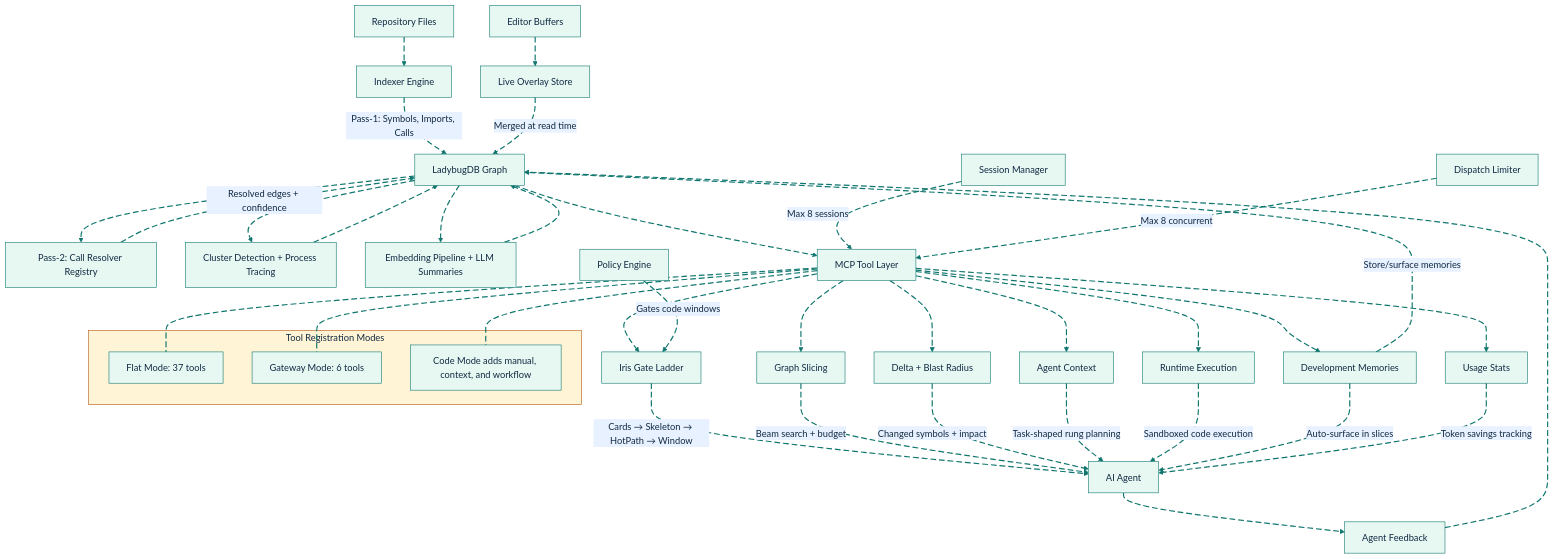
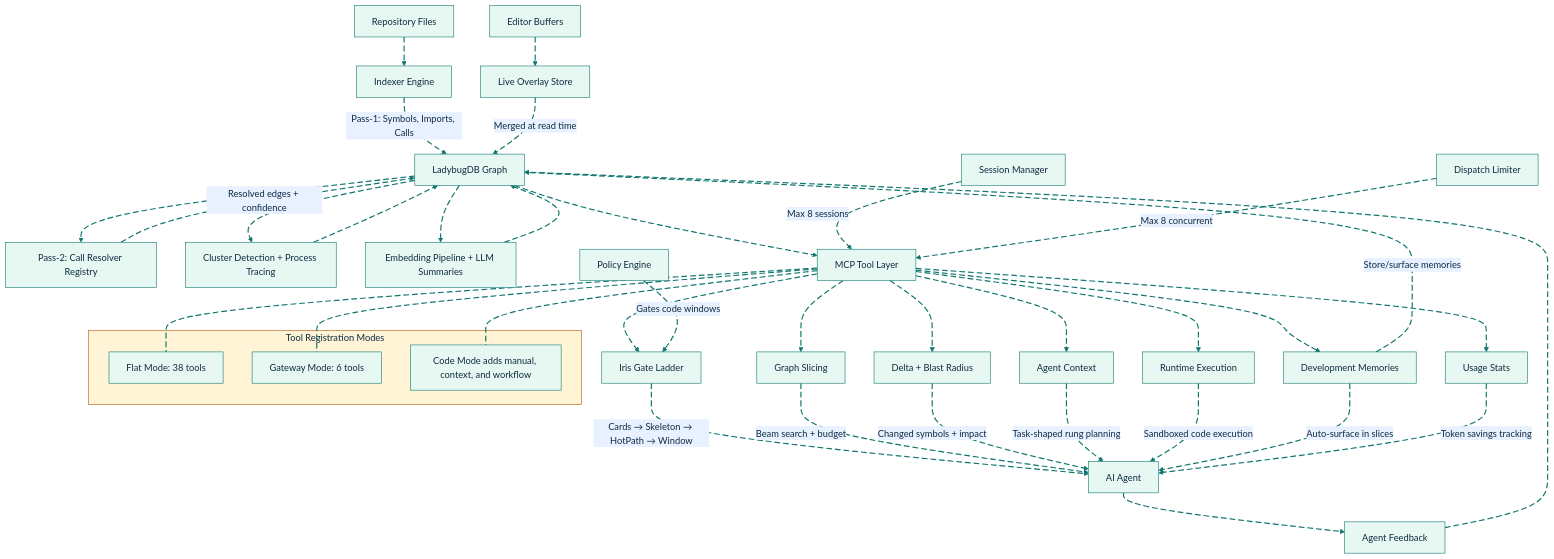
Before and after one commit to GlitterKill/sdl-mcp: diagram 14 of 14 in docs/architecture.md, drawn with Mermaid. The commit also changed other lines of this file and 36 other files, not shown here.

````diff
--- a/docs/architecture.md
+++ b/docs/architecture.md
@@ -706,67 +706,67 @@
 ```mermaid
 %%{init: {"theme":"base","themeVariables":{"background":"#ffffff","primaryColor":"#E7F8F2","primaryBorderColor":"#0F766E","primaryTextColor":"#102A43","secondaryColor":"#E8F1FF","secondaryBorderColor":"#2563EB","secondaryTextColor":"#102A43","tertiaryColor":"#FFF4D6","tertiaryBorderColor":"#B45309","tertiaryTextColor":"#102A43","lineColor":"#0F766E","textColor":"#102A43","fontFamily":"Inter, ui-sans-serif, system-ui, -apple-system, BlinkMacSystemFont, Segoe UI, sans-serif"},"flowchart":{"curve":"basis","htmlLabels":true}}}%%
 graph TD
     A[Repository Files] e1@--> B[Indexer Engine]
     B e2@--> |Pass-1: Symbols, Imports, Calls| C[LadybugDB Graph]
 
     E[Editor Buffers] e3@--> F[Live Overlay Store]
     F e4@-.-> |Merged at read time| C
 
     C e5@--> G[Pass-2: Call Resolver Registry]
     G e6@--> |Resolved edges + confidence| C
 
     C e7@--> H[Cluster Detection + Process Tracing]
     H e8@--> C
 
     C e9@--> I[Embedding Pipeline + LLM Summaries]
     I e10@--> C
 
     C e11@--> J[MCP Tool Layer]
 
     subgraph Tool Registration Modes
-        J1[Flat Mode: 37 tools]
+        J1[Flat Mode: 38 tools]
         J2[Gateway Mode: 6 tools]
         J3[Code Mode adds manual, context, and workflow]
     end
     J e12@--- J1
     J e13@--- J2
     J e14@--- J3
 
     J e15@--> K[Iris Gate Ladder]
     K e16@--> |Cards → Skeleton → HotPath → Window| L[AI Agent]
 
     J e17@--> M[Graph Slicing]
     M e18@--> |Beam search + budget| L
 
     J e19@--> N[Delta + Blast Radius]
     N e20@--> |Changed symbols + impact| L
 
     J e21@--> O[Agent Context]
     O e22@--> |Task-shaped rung planning| L
 
     J e23@--> U[Runtime Execution]
     U e24@--> |Sandboxed code execution| L
 
     L e25@--> P[Agent Feedback]
     P e26@--> C
 
     J e27@--> T[Development Memories]
     T e28@--> |Store/surface memories| C
     T e29@--> |Auto-surface in slices| L
 
     J e30@--> V[Usage Stats]
     V e31@--> |Token savings tracking| L
 
     Q[Policy Engine] e32@-.-> |Gates code windows| K
     R[Session Manager] e33@-.-> |Max 8 sessions| J
     S[Dispatch Limiter] e34@-.-> |Max 8 concurrent| J
 
     classDef source fill:#E7F8F2,stroke:#0F766E,stroke-width:2px,color:#102A43;
     classDef process fill:#E8F1FF,stroke:#2563EB,stroke-width:2px,color:#102A43;
     classDef decision fill:#FFF4D6,stroke:#B45309,stroke-width:2px,color:#102A43;
     classDef storage fill:#F2E8FF,stroke:#7C3AED,stroke-width:2px,color:#102A43;
     classDef output fill:#FFE8EF,stroke:#BE123C,stroke-width:2px,color:#102A43;
     classDef muted fill:#F8FAFC,stroke:#64748B,stroke-width:1px,color:#102A43;
     classDef animate stroke:#0F766E,stroke-width:2px,stroke-dasharray:10\,5,stroke-dashoffset:900,animation:dash 22s linear infinite;
     class e1,e2,e3,e4,e5,e6,e7,e8,e9,e10,e11,e12,e13,e14,e15,e16,e17,e18,e19,e20,e21,e22,e23,e24,e25,e26,e27,e28,e29,e30,e31,e32,e33,e34 animate;
 ```
````
